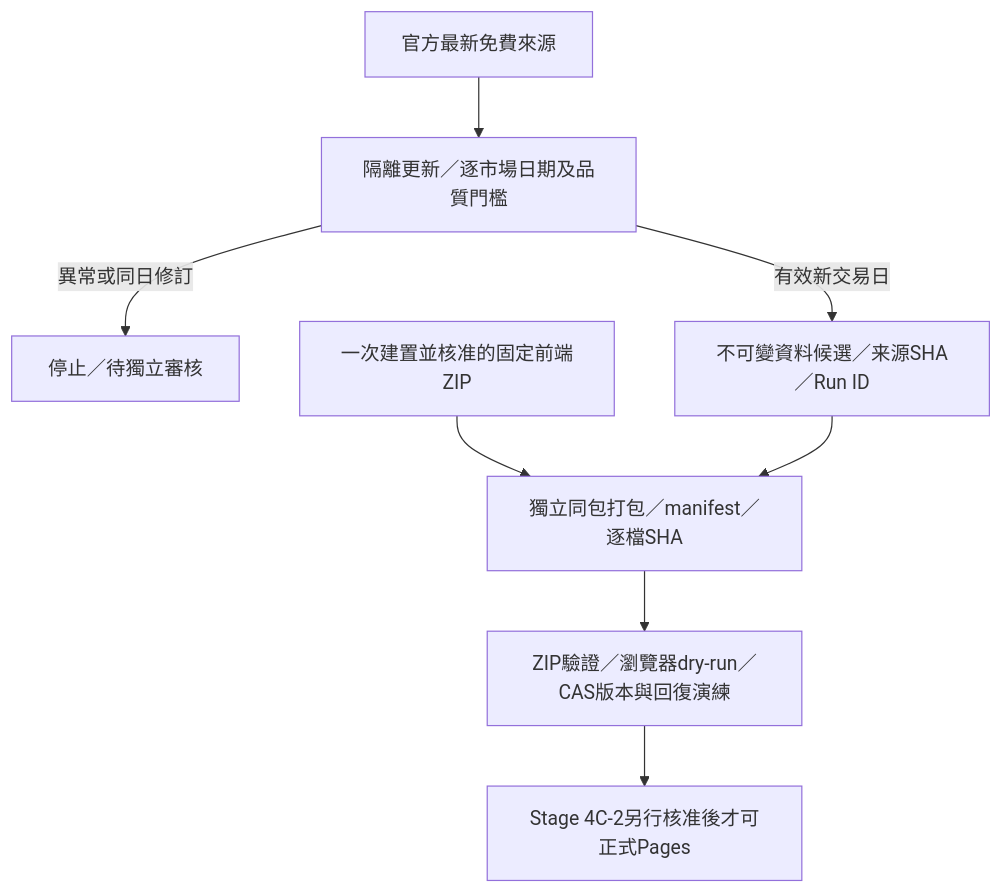
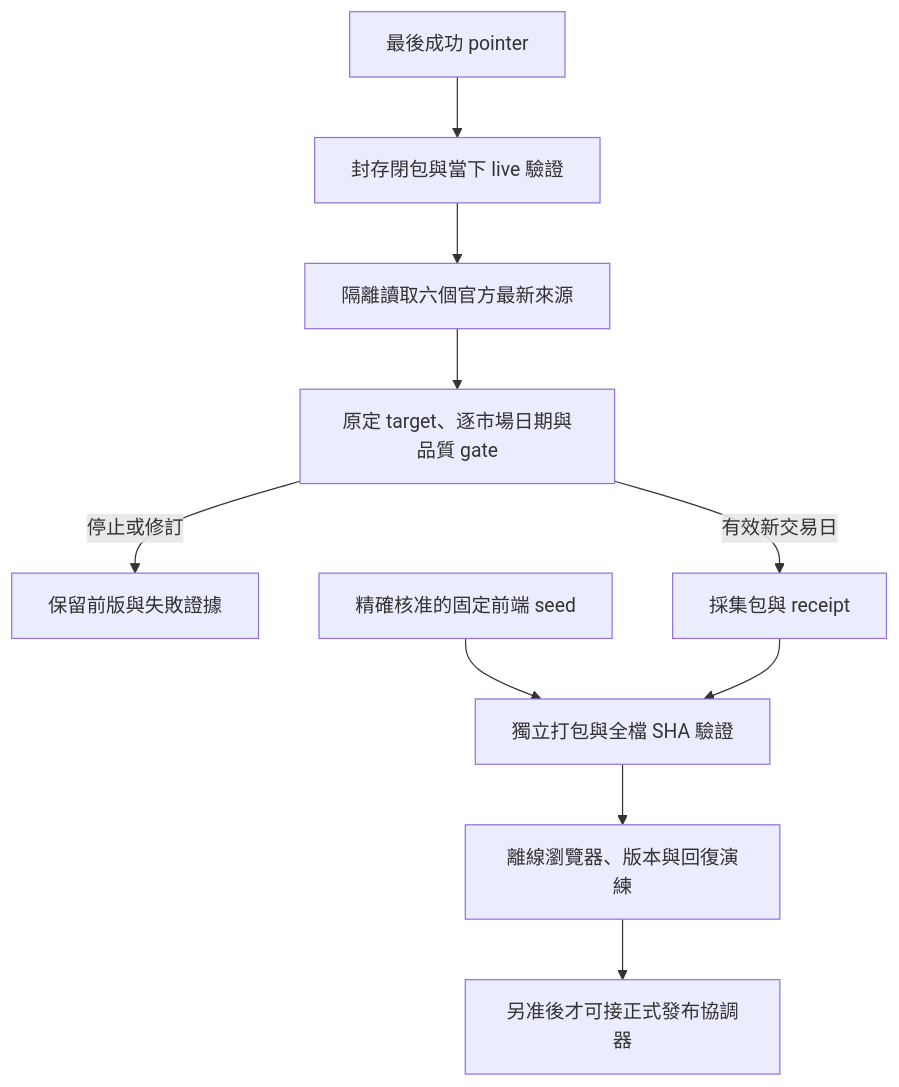
Before and after one commit to 0857ken/tw-market-scanner: the diagram in docs/STAGE4C1_OPERATIONS.md, drawn with Mermaid. The commit also changed other lines of this file and 5 other files, not shown here.

````diff
--- a/docs/STAGE4C1_OPERATIONS.md
+++ b/docs/STAGE4C1_OPERATIONS.md
@@ -9,10 +13,12 @@
 ```mermaid
 flowchart TD
-  A["官方最新免費來源"] --> B["隔離更新／逐市場日期及品質門檻"]
-  B -->|異常或同日修訂| R["停止／待獨立審核"]
-  B -->|有效新交易日| C["不可變資料候選／来源SHA／Run ID"]
-  F["一次建置並核准的固定前端ZIP"] --> D["獨立同包打包／manifest／逐檔SHA"]
-  C --> D
-  D --> E["ZIP驗證／瀏覽器dry-run／CAS版本與回復演練"]
-  E --> G["Stage 4C-2另行核准後才可正式Pages"]
+  S["最後成功 pointer"] --> V["封存閉包與當下 live 驗證"]
+  V --> A["隔離讀取六個官方最新來源"]
+  A --> G["原定 target、逐市場日期與品質 gate"]
+  G -->|停止或修訂| X["保留前版與失敗證據"]
+  G -->|有效新交易日| C["採集包與 receipt"]
+  F["精確核准的固定前端 seed"] --> P["獨立打包與全檔 SHA 驗證"]
+  C --> P
+  P --> D["離線瀏覽器、版本與回復演練"]
+  D --> R["另准後才可接正式發布協調器"]
 ```
````
